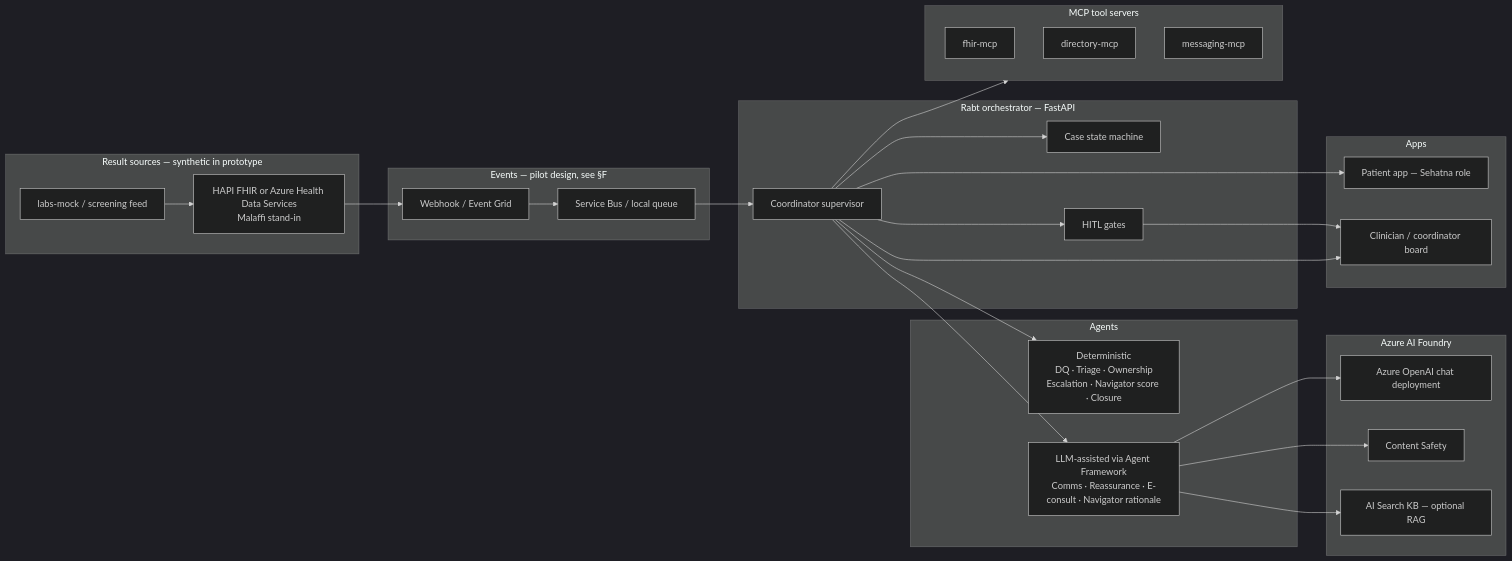
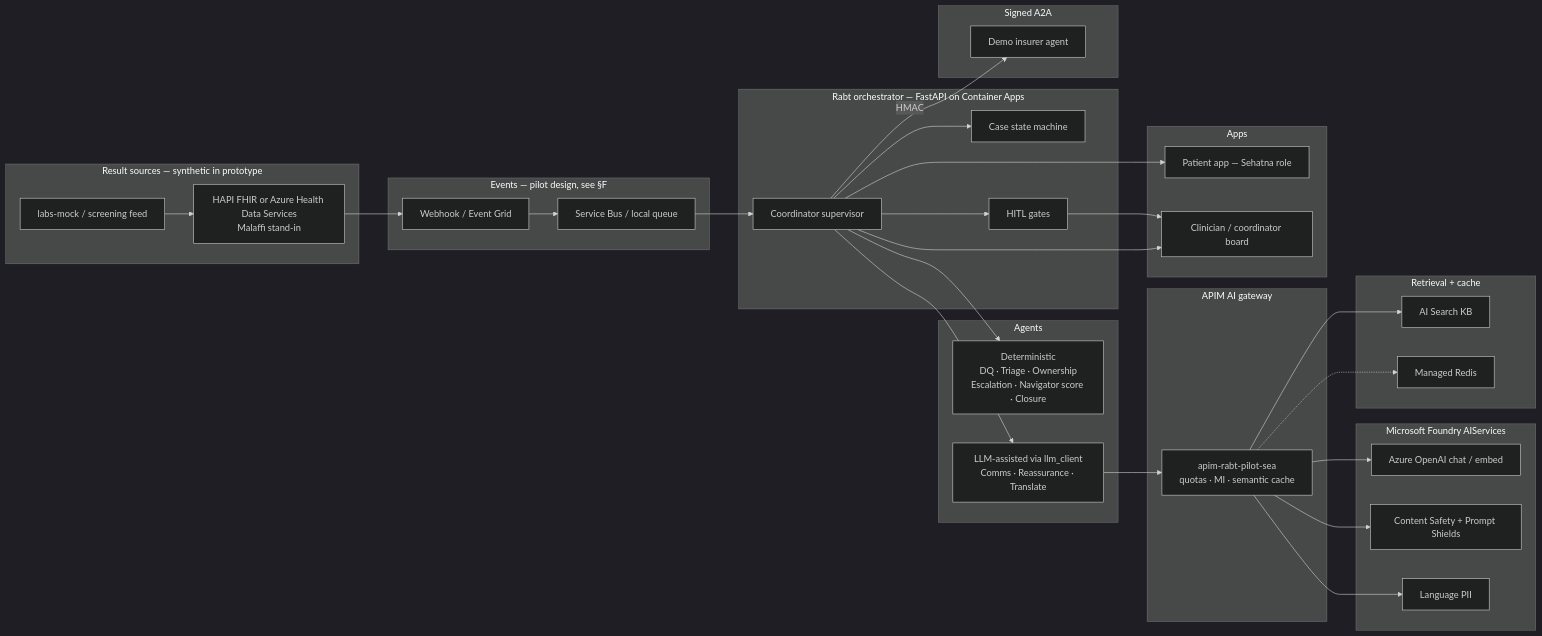
Before and after one commit to suhail39ahmed/rabt-care-loop: the first of 7 diagrams in docs/architecture.md, drawn with Mermaid (dark theme). The commit also changed other lines of this file and 13 other files, not shown here.

First line of the commit message:
docs: refresh pilot URLs, architecture diagrams, and Azure AI docs (#167)

````diff
--- a/docs/architecture.md
+++ b/docs/architecture.md
@@ -38,54 +48,64 @@
 ```mermaid
 flowchart LR
   subgraph SRC["Result sources — synthetic in prototype"]
     LAB["labs-mock / screening feed"]
     HIE["HAPI FHIR or Azure Health Data Services<br/>Malaffi stand-in"]
   end
 
   subgraph BUS["Events — pilot design, see §F"]
     WH["Webhook / Event Grid"]
     SB["Service Bus / local queue"]
   end
 
-  subgraph ORCH["Rabt orchestrator — FastAPI"]
+  subgraph ORCH["Rabt orchestrator — FastAPI on Container Apps"]
     SM["Case state machine"]
     CO["Coordinator supervisor"]
     HITL["HITL gates"]
   end
 
   subgraph AG["Agents"]
     DET["Deterministic<br/>DQ · Triage · Ownership<br/>Escalation · Navigator score · Closure"]
-    LLM["LLM-assisted via Agent Framework<br/>Comms · Reassurance · E-consult · Navigator rationale"]
+    LLM["LLM-assisted via llm_client<br/>Comms · Reassurance · Translate"]
   end
 
-  subgraph FOUNDRY["Azure AI Foundry"]
-    AOAI["Azure OpenAI chat deployment"]
-    CS["Content Safety"]
-    AIS["AI Search KB — optional RAG"]
+  subgraph GATE["APIM AI gateway"]
+    APIM["apim-rabt-pilot-sea<br/>quotas · MI · semantic cache"]
   end
 
-  subgraph MCP["MCP tool servers"]
-    MF["fhir-mcp"]
-    MD["directory-mcp"]
-    MM["messaging-mcp"]
+  subgraph FOUNDRY["Microsoft Foundry AIServices"]
+    AOAI["Azure OpenAI chat / embed"]
+    CS["Content Safety + Prompt Shields"]
+    LANG["Language PII"]
+  end
+
+  subgraph DATA["Retrieval + cache"]
+    AIS["AI Search KB"]
+    REDIS["Managed Redis"]
+  end
+
+  subgraph A2A["Signed A2A"]
+    INS["Demo insurer agent"]
   end
 
   subgraph UI["Apps"]
     PAT["Patient app — Sehatna role"]
     BRD["Clinician / coordinator board"]
   end
 
   LAB --> HIE
   HIE --> WH --> SB --> CO
   CO --> SM
   CO --> DET
   CO --> LLM
-  LLM --> AOAI
-  LLM --> CS
-  LLM --> AIS
-  CO --> MCP
+  LLM --> APIM
+  APIM --> AOAI
+  APIM --> CS
+  APIM --> LANG
+  APIM --> AIS
+  APIM -.-> REDIS
+  CO -->|HMAC| INS
   CO --> HITL
   HITL --> BRD
   CO --> PAT
   CO --> BRD
 ```
````
